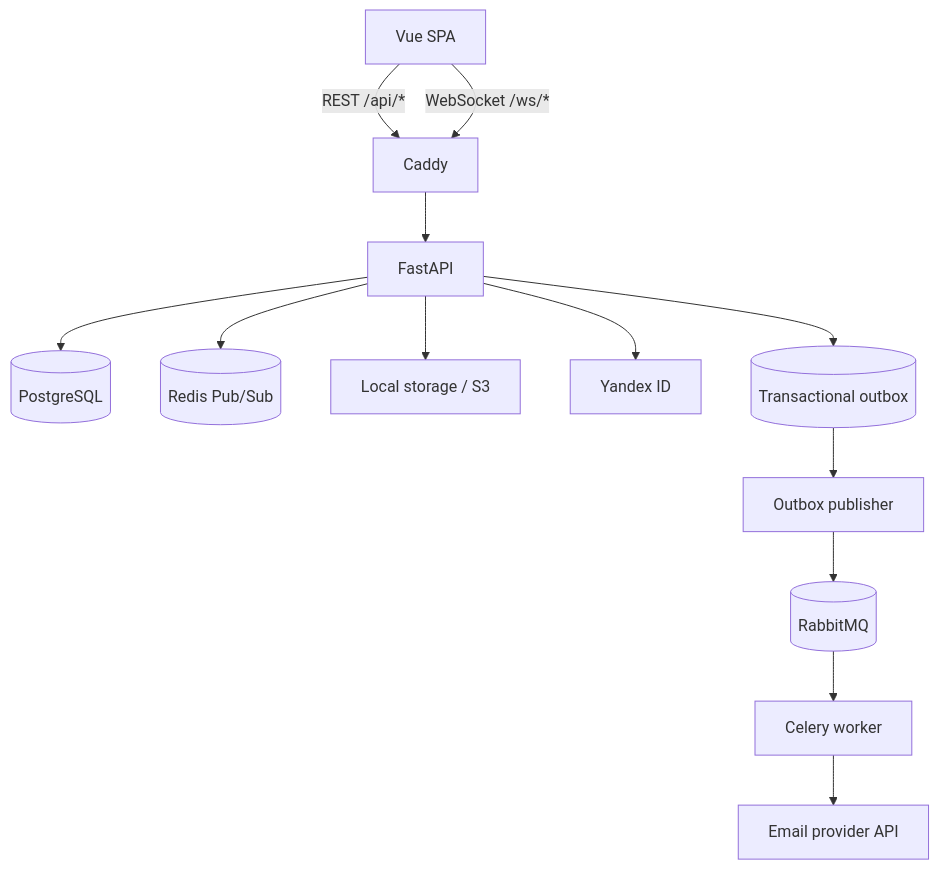
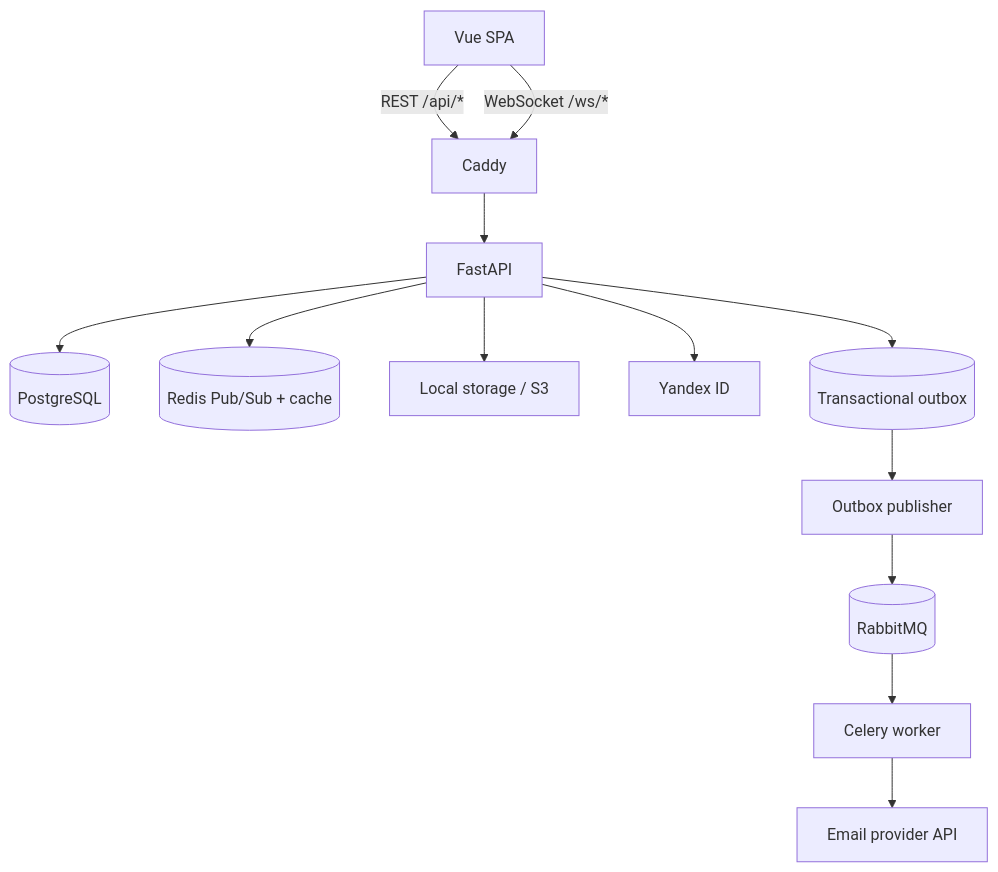
Before and after one commit to Ilm1n/Kantano: the first of 2 diagrams in README.md, drawn with Mermaid. The commit also changed other lines of this file and 29 other files, not shown here.

````diff
--- a/README.md
+++ b/README.md
@@ -36,15 +37,15 @@
 ```mermaid
 flowchart TB
     browser["Vue SPA"] -->|"REST /api/*"| gateway["Caddy"]
     browser -->|"WebSocket /ws/*"| gateway
     gateway --> api["FastAPI"]
     api --> db[("PostgreSQL")]
-    api --> redis[("Redis Pub/Sub")]
+    api --> redis[("Redis Pub/Sub + cache")]
     api --> storage["Local storage / S3"]
     api --> yandex["Yandex ID"]
     api --> outbox[("Transactional outbox")]
     outbox --> publisher["Outbox publisher"]
     publisher --> rabbit[("RabbitMQ")]
     rabbit --> worker["Celery worker"]
     worker --> email["Email provider API"]
 ```
````
